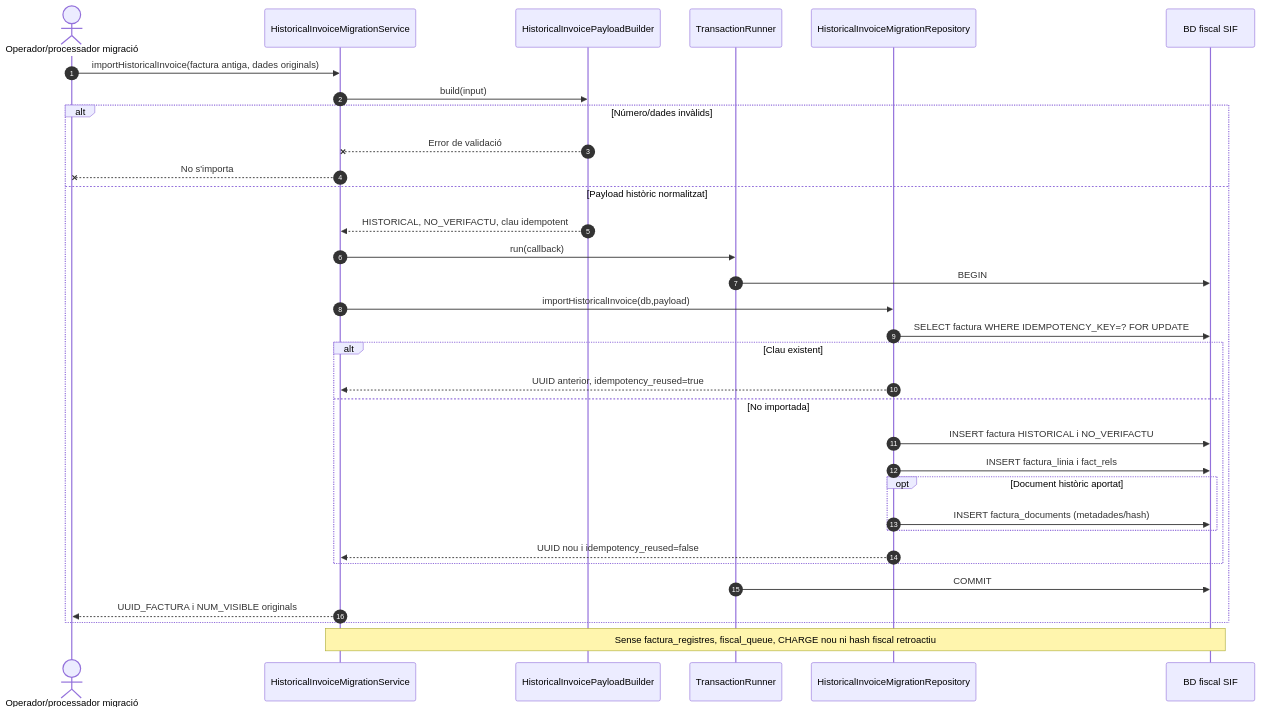
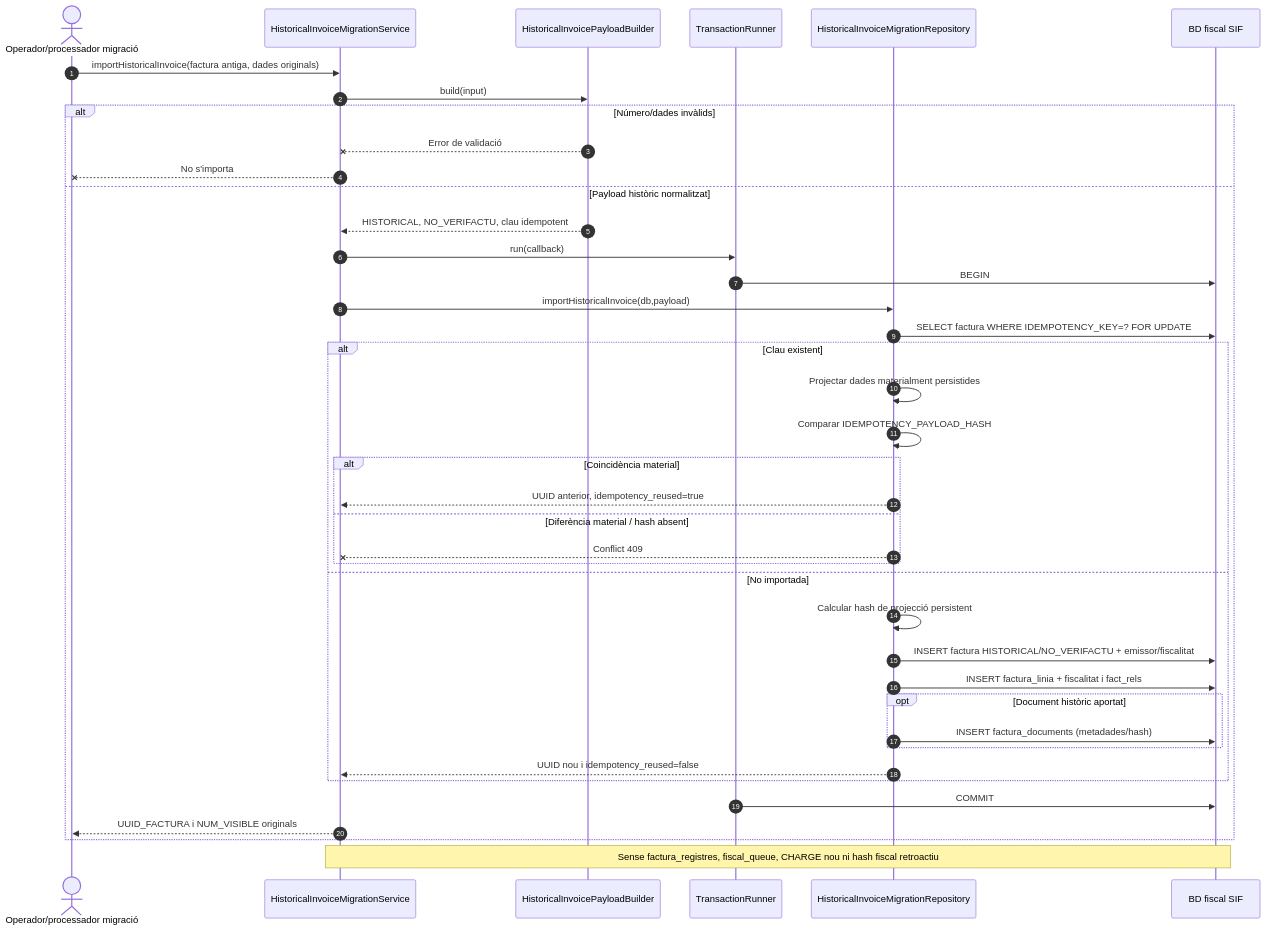
The fifth of 11 diagrams in documentacio/07-uml-integrat/uc-011-importar-factura-historica.md (orgmeriemprismacat-del/verifactu), drawn with Mermaid before and after one commit. The commit also changed other lines of this file, not shown here.

Commit message:
docs(uc-011): reconcile integrated UML with full audit findings

````diff
--- a/documentacio/07-uml-integrat/uc-011-importar-factura-historica.md
+++ b/documentacio/07-uml-integrat/uc-011-importar-factura-historica.md
@@ -139,35 +178,42 @@
 ```mermaid
 sequenceDiagram
 autonumber
 actor O as Operador/processador migració
 participant S as HistoricalInvoiceMigrationService
 participant B as HistoricalInvoicePayloadBuilder
 participant T as TransactionRunner
 participant R as HistoricalInvoiceMigrationRepository
 participant DB as BD fiscal SIF
 O->>S: importHistoricalInvoice(factura antiga, dades originals)
 S->>B: build(input)
 alt Número/dades invàlids
  B--xS: Error de validació
  S--xO: No s'importa
 else Payload històric normalitzat
  B-->>S: HISTORICAL, NO_VERIFACTU, clau idempotent
  S->>T: run(callback)
  T->>DB: BEGIN
  S->>R: importHistoricalInvoice(db,payload)
  R->>DB: SELECT factura WHERE IDEMPOTENCY_KEY=? FOR UPDATE
  alt Clau existent
-  R-->>S: UUID anterior, idempotency_reused=true
+  R->>R: Projectar dades materialment persistides
+  R->>R: Comparar IDEMPOTENCY_PAYLOAD_HASH
+  alt Coincidència material
+   R-->>S: UUID anterior, idempotency_reused=true
+  else Diferència material / hash absent
+   R--xS: Conflict 409
+  end
  else No importada
-  R->>DB: INSERT factura HISTORICAL i NO_VERIFACTU
-  R->>DB: INSERT factura_linia i fact_rels
+  R->>R: Calcular hash de projecció persistent
+  R->>DB: INSERT factura HISTORICAL/NO_VERIFACTU + emissor/fiscalitat
+  R->>DB: INSERT factura_linia + fiscalitat i fact_rels
   opt Document històric aportat
    R->>DB: INSERT factura_documents (metadades/hash)
   end
   R-->>S: UUID nou i idempotency_reused=false
  end
  T->>DB: COMMIT
  S-->>O: UUID_FACTURA i NUM_VISIBLE originals
 end
 Note over S,DB: Sense factura_registres, fiscal_queue, CHARGE nou ni hash fiscal retroactiu
 ```
````
